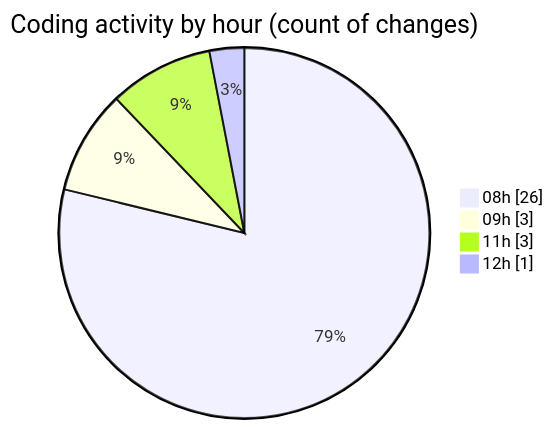
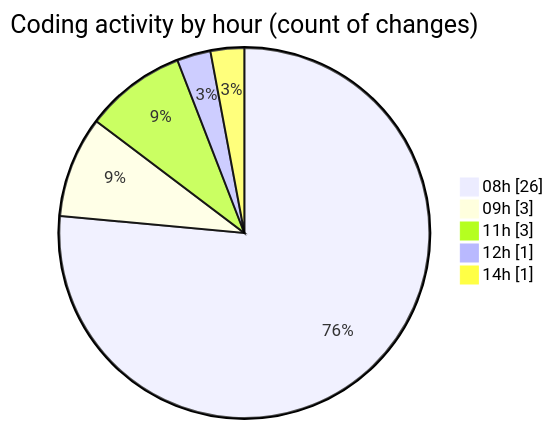
One commit to Elitesun/code-tracking changed the second of 2 diagrams in 2025-02-24/elitesgpt/README.md. Above: the diagram before and after it, drawn with Mermaid. The commit also changed other lines of this file and 1 other file, not shown here.

````diff
--- a/2025-02-24/elitesgpt/README.md
+++ b/2025-02-24/elitesgpt/README.md
@@ -30,8 +32,9 @@
 ```mermaid
 pie showData
 title Coding activity by hour (count of changes)
 "08h" : 26
 "09h" : 3
 "11h" : 3
 "12h" : 1
+"14h" : 1
 ```
````
